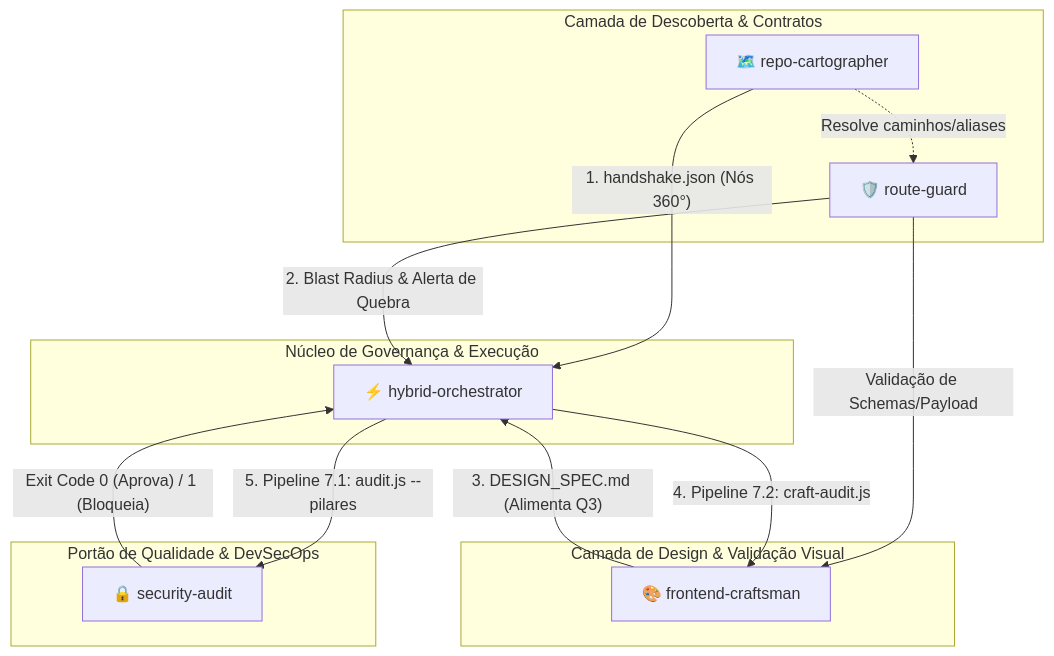
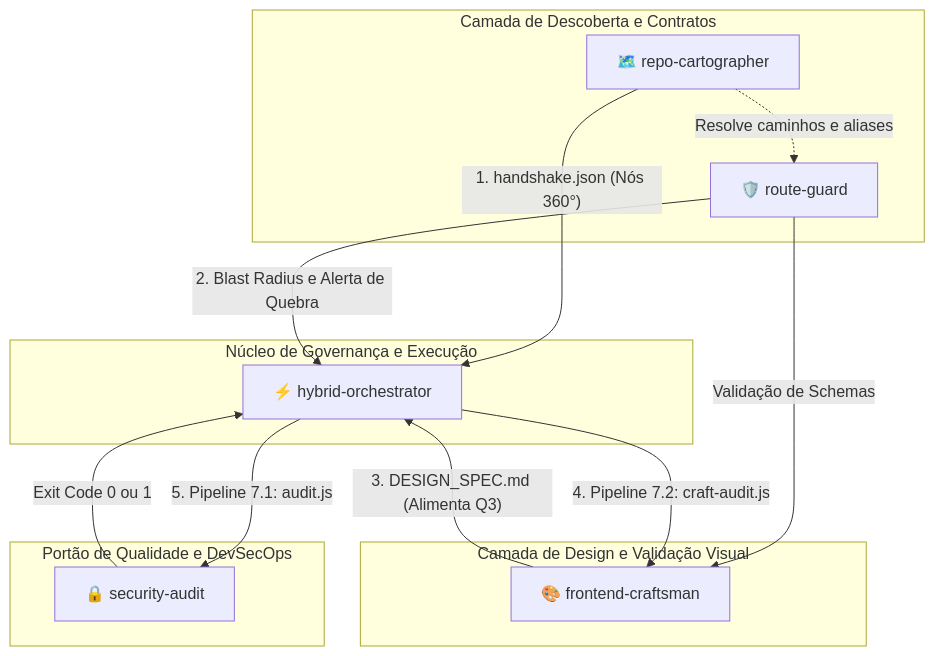
Before and after one commit to Henrique-All/skills: the second of 3 diagrams in README.md, drawn with Mermaid. The commit also changed other lines of this file and 1 other file, not shown here.

Commit message:
fix(readme): fix mermaid subgraph syntax for strict github markdown rendering

````diff
--- a/README.md
+++ b/README.md
@@ -48,35 +48,35 @@
 ```mermaid
 flowchart TD
-    subgraph "Camada de Descoberta & Contratos"
+    subgraph C1 ["Camada de Descoberta e Contratos"]
         RC["🗺️ repo-cartographer"]
         RG["🛡️ route-guard"]
     end
 
-    subgraph "Camada de Design & Validação Visual"
+    subgraph C2 ["Camada de Design e Validação Visual"]
         FC["🎨 frontend-craftsman"]
     end
 
-    subgraph "Núcleo de Governança & Execução"
+    subgraph C3 ["Núcleo de Governança e Execução"]
         HO["⚡ hybrid-orchestrator"]
     end
 
-    subgraph "Portão de Qualidade & DevSecOps"
+    subgraph C4 ["Portão de Qualidade e DevSecOps"]
         SA["🔒 security-audit"]
     end
 
     %% Ligações do Cartógrafo
     RC -- "1. handshake.json (Nós 360°)" --> HO
-    RC -. "Resolve caminhos/aliases" .-> RG
+    RC -. "Resolve caminhos e aliases" .-> RG
 
     %% Ligações do Route Guard
-    RG -- "2. Blast Radius & Alerta de Quebra" --> HO
-    RG -- "Validação de Schemas/Payload" --> FC
+    RG -- "2. Blast Radius e Alerta de Quebra" --> HO
+    RG -- "Validação de Schemas" --> FC
 
     %% Ligações do Frontend Craftsman
     FC -- "3. DESIGN_SPEC.md (Alimenta Q3)" --> HO
     HO -- "4. Pipeline 7.2: craft-audit.js" --> FC
 
     %% Ligações da Hybrid com Security
-    HO -- "5. Pipeline 7.1: audit.js --pilares" --> SA
-    SA -- "Exit Code 0 (Aprova) / 1 (Bloqueia)" --> HO
+    HO -- "5. Pipeline 7.1: audit.js" --> SA
+    SA -- "Exit Code 0 ou 1" --> HO
 ```
````
